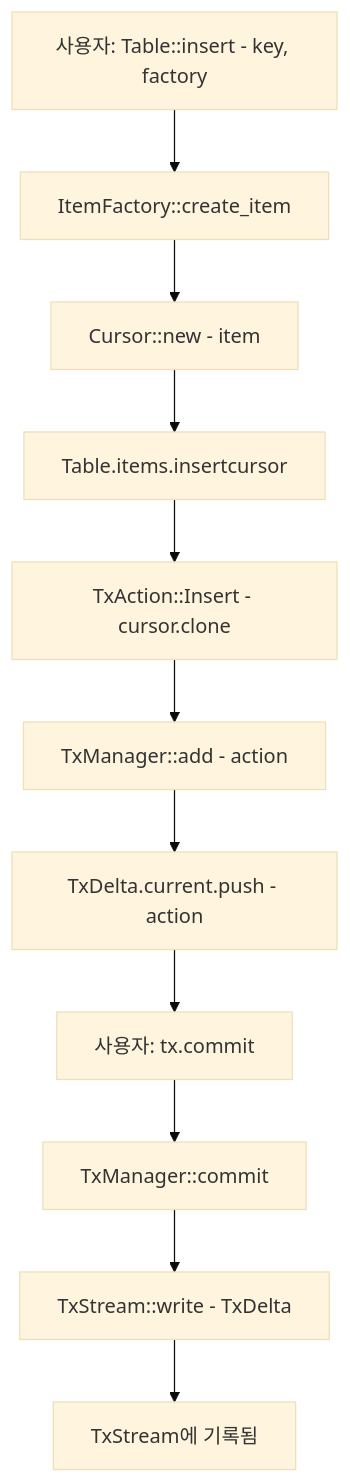
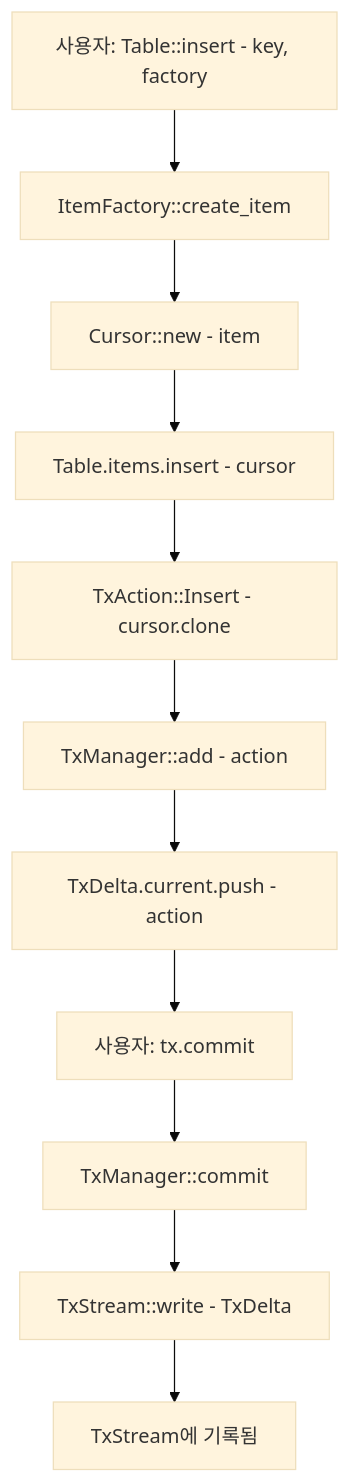
The fourth of 5 diagrams in Chapter-17(실전 예제와 프로젝트)/00-DBMS_적용.md (xmlbuilder/RustTutorial), drawn with Mermaid (base theme) before and after one commit. The commit also changed other lines of this file, not shown here.

````diff
--- a/Chapter-17(실전 예제와 프로젝트)/00-DBMS_적용.md
+++ b/Chapter-17(실전 예제와 프로젝트)/00-DBMS_적용.md
@@ -144,13 +144,13 @@
 ```mermaid
 flowchart TD
     A[사용자: Table::insert - key, factory] --> B[ItemFactory::create_item]
     B --> C[Cursor::new - item]
-    C --> D[Table.items.insertcursor]
+    C --> D[Table.items.insert - cursor]
     D --> E[TxAction::Insert - cursor.clone]
     E --> F[TxManager::add - action]
     F --> G[TxDelta.current.push - action]
     G --> H[사용자: tx.commit]
     H --> I[TxManager::commit]
     I --> J[TxStream::write - TxDelta]
     J --> K[TxStream에 기록됨]
 ```
````
